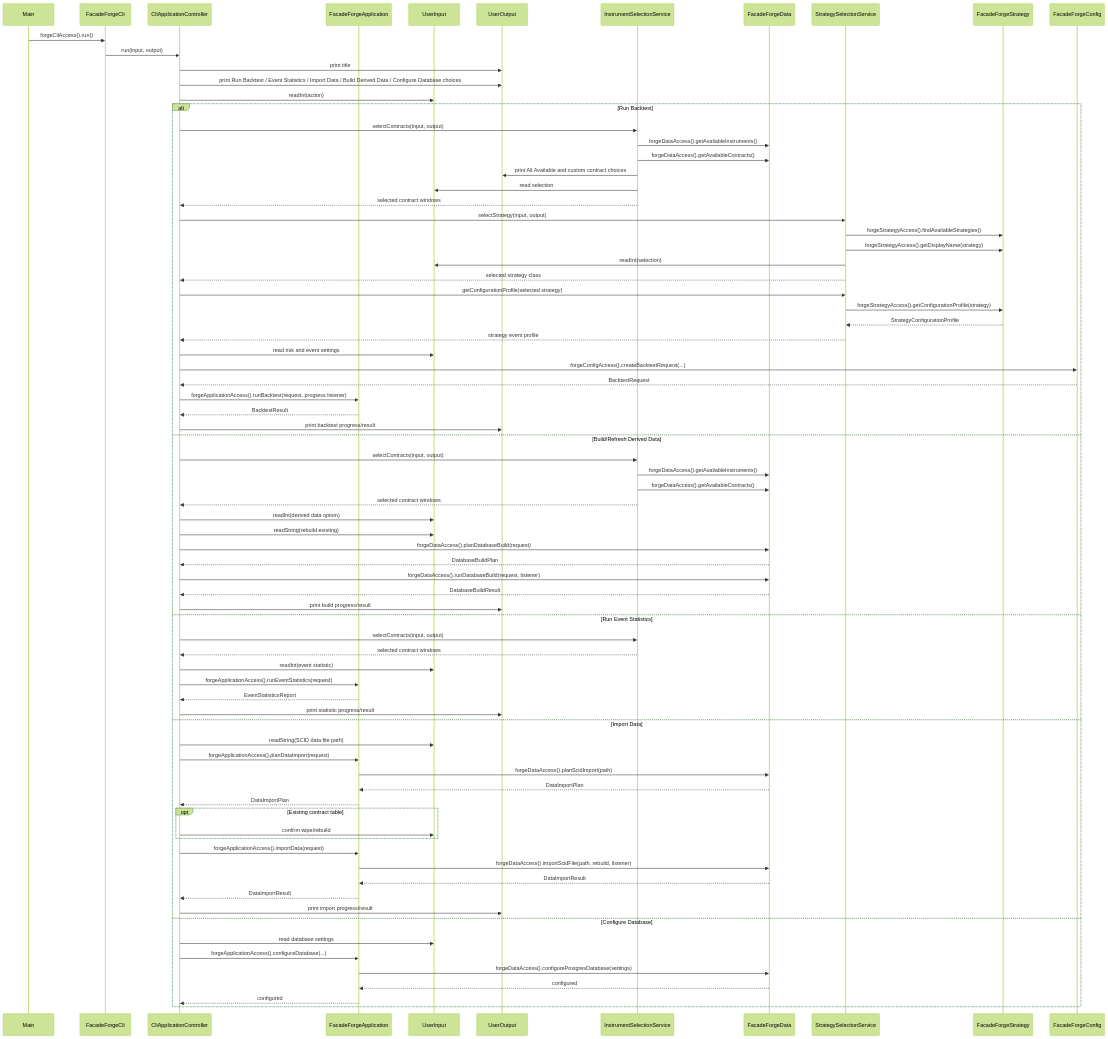
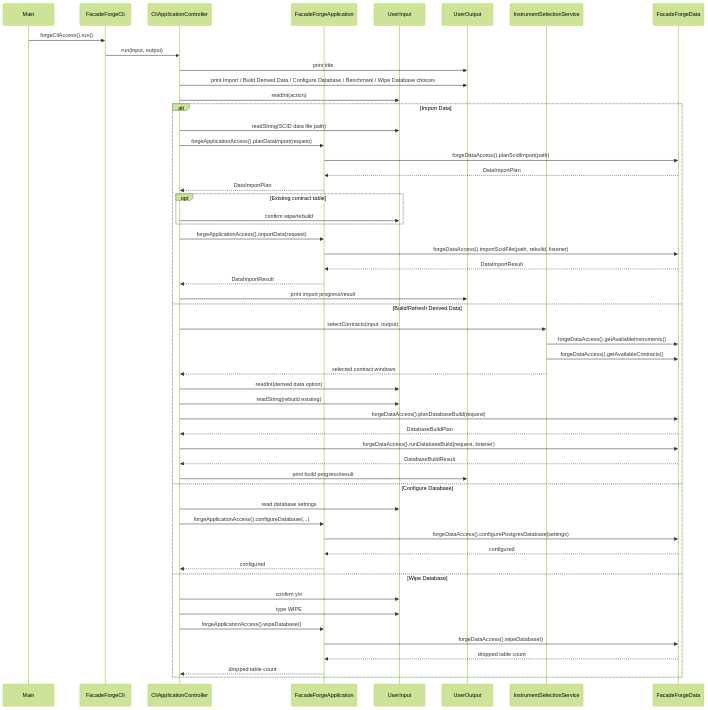
Before and after one commit to probst-paul/FORGE: the third of 25 diagrams in class-model.md, drawn with Mermaid (forest theme). The commit also changed other lines of this file and 11 other files, not shown here.

````diff
--- a/class-model.md
+++ b/class-model.md
@@ -80,59 +133,14 @@
     participant Output as UserOutput
     participant Instruments as InstrumentSelectionService
     participant Data as FacadeForgeData
-    participant Strategies as StrategySelectionService
-    participant Strategy as FacadeForgeStrategy
-    participant Config as FacadeForgeConfig
 
     Main->>CliFacade: forgeCliAccess().run()
     CliFacade->>Cli: run(input, output)
     Cli->>Output: print title
-    Cli->>Output: print Run Backtest / Event Statistics / Import Data / Build Derived Data / Configure Database choices
+    Cli->>Output: print Import / Build Derived Data / Configure Database / Benchmark / Wipe Database choices
     Cli->>Input: readInt(action)
 
-    alt Run Backtest
-        Cli->>Instruments: selectContracts(input, output)
-        Instruments->>Data: forgeDataAccess().getAvailableInstruments()
-        Instruments->>Data: forgeDataAccess().getAvailableContracts()
-        Instruments->>Output: print All Available and custom contract choices
-        Instruments->>Input: read selection
-        Instruments-->>Cli: selected contract windows
-
-        Cli->>Strategies: selectStrategy(input, output)
-        Strategies->>Strategy: forgeStrategyAccess().findAvailableStrategies()
-        Strategies->>Strategy: forgeStrategyAccess().getDisplayName(strategy)
-        Strategies->>Input: readInt(selection)
-        Strategies-->>Cli: selected strategy class
-        Cli->>Strategies: getConfigurationProfile(selected strategy)
-        Strategies->>Strategy: forgeStrategyAccess().getConfigurationProfile(strategy)
-        Strategy-->>Strategies: StrategyConfigurationProfile
-        Strategies-->>Cli: strategy event profile
-        Cli->>Input: read risk and event settings
-        Cli->>Config: forgeConfigAccess().createBacktestRequest(...)
-        Config-->>Cli: BacktestRequest
-        Cli->>App: forgeApplicationAccess().runBacktest(request, progress listener)
-        App-->>Cli: BacktestResult
-        Cli->>Output: print backtest progress/result
-    else Build/Refresh Derived Data
-        Cli->>Instruments: selectContracts(input, output)
-        Instruments->>Data: forgeDataAccess().getAvailableInstruments()
-        Instruments->>Data: forgeDataAccess().getAvailableContracts()
-        Instruments-->>Cli: selected contract windows
-        Cli->>Input: readInt(derived data option)
-        Cli->>Input: readString(rebuild existing)
-        Cli->>Data: forgeDataAccess().planDatabaseBuild(request)
-        Data-->>Cli: DatabaseBuildPlan
-        Cli->>Data: forgeDataAccess().runDatabaseBuild(request, listener)
-        Data-->>Cli: DatabaseBuildResult
-        Cli->>Output: print build progress/result
-    else Run Event Statistics
-        Cli->>Instruments: selectContracts(input, output)
-        Instruments-->>Cli: selected contract windows
-        Cli->>Input: readInt(event statistic)
-        Cli->>App: forgeApplicationAccess().runEventStatistics(request)
-        App-->>Cli: EventStatisticsReport
-        Cli->>Output: print statistic progress/result
-    else Import Data
+    alt Import Data
         Cli->>Input: readString(SCID data file path)
         Cli->>App: forgeApplicationAccess().planDataImport(request)
         App->>Data: forgeDataAccess().planScidImport(path)
@@ -146,11 +154,30 @@
         Data-->>App: DataImportResult
         App-->>Cli: DataImportResult
         Cli->>Output: print import progress/result
+    else Build/Refresh Derived Data
+        Cli->>Instruments: selectContracts(input, output)
+        Instruments->>Data: forgeDataAccess().getAvailableInstruments()
+        Instruments->>Data: forgeDataAccess().getAvailableContracts()
+        Instruments-->>Cli: selected contract windows
+        Cli->>Input: readInt(derived data option)
+        Cli->>Input: readString(rebuild existing)
+        Cli->>Data: forgeDataAccess().planDatabaseBuild(request)
+        Data-->>Cli: DatabaseBuildPlan
+        Cli->>Data: forgeDataAccess().runDatabaseBuild(request, listener)
+        Data-->>Cli: DatabaseBuildResult
+        Cli->>Output: print build progress/result
     else Configure Database
         Cli->>Input: read database settings
         Cli->>App: forgeApplicationAccess().configureDatabase(...)
         App->>Data: forgeDataAccess().configurePostgresDatabase(settings)
         Data-->>App: configured
         App-->>Cli: configured
+    else Wipe Database
+        Cli->>Input: confirm y/n
+        Cli->>Input: type WIPE
+        Cli->>App: forgeApplicationAccess().wipeDatabase()
+        App->>Data: forgeDataAccess().wipeDatabase()
+        Data-->>App: dropped table count
+        App-->>Cli: dropped table count
     end
 ```
````
